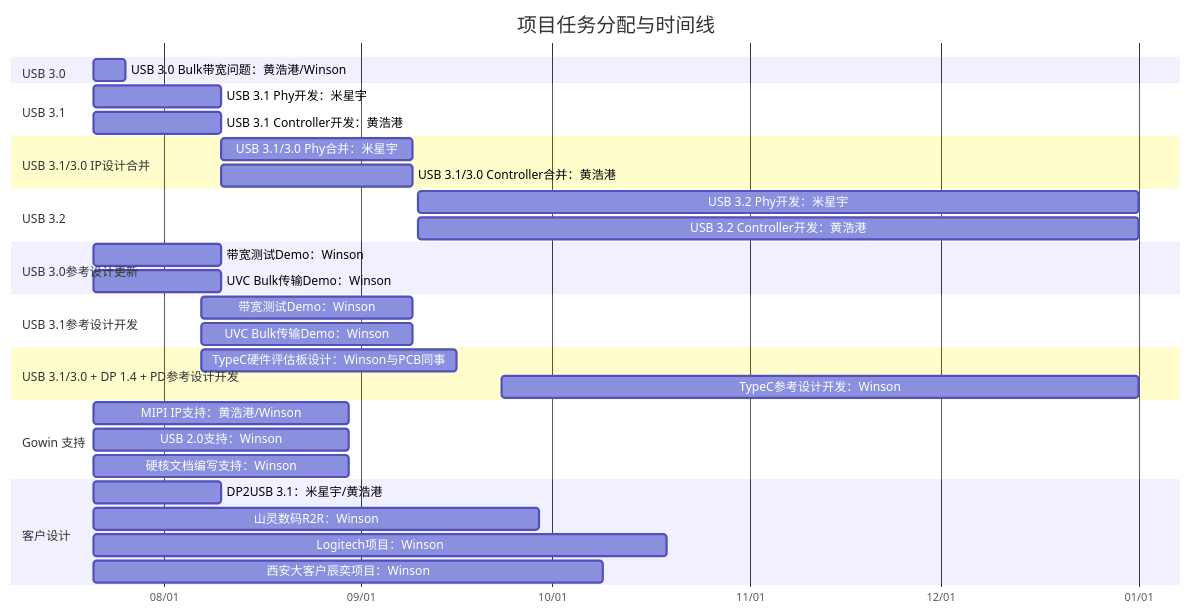
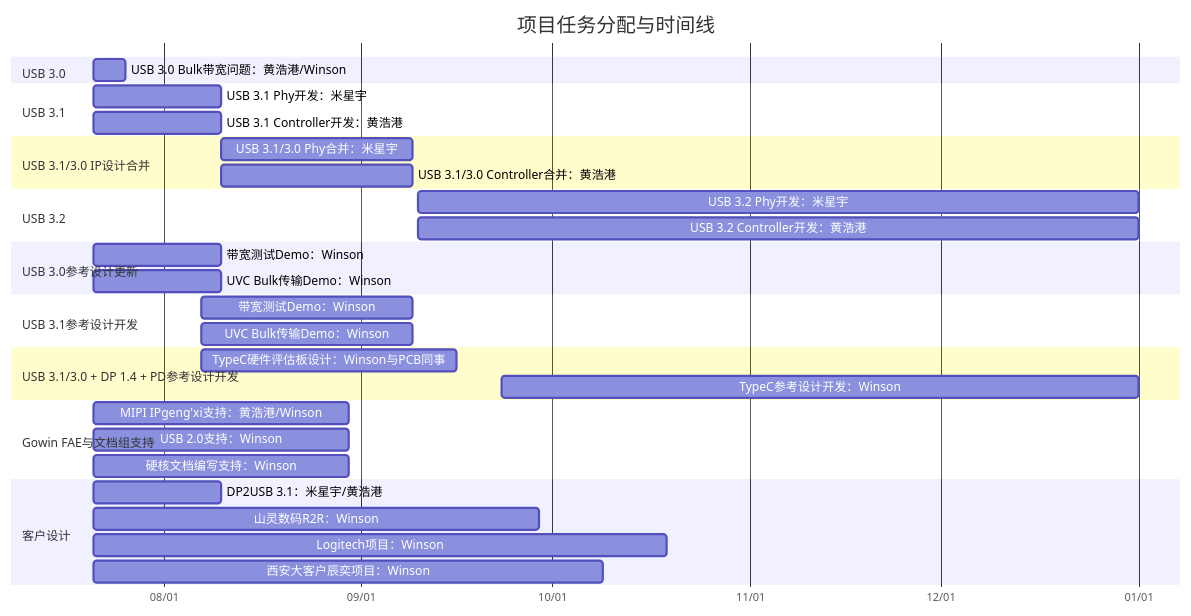
One commit to winsonbook/iodraw-files changed the diagram in all/未命名.md. Above: the diagram before and after it, drawn with Mermaid.

Commit message:
2025-07-21 10:36:55 update

````diff
--- a/all/未命名.md
+++ b/all/未命名.md
@@ -1,44 +1,44 @@
 ```mermaid
 gantt
     title 项目任务分配与时间线
     dateFormat  YYYY-MM-DD
     axisFormat  %m/%d
 
     section USB 3.0
     USB 3.0 Bulk带宽问题：黄浩港/Winson   :    task1, 2025-07-21, 5d
 
     section USB 3.1
     USB 3.1 Phy开发：米星宇      :         task2, 2025-07-21, 20d
     USB 3.1 Controller开发：黄浩港      :  task3, 2025-07-21, 20d
 
     section USB 3.1/3.0 IP设计合并
     USB 3.1/3.0 Phy合并：米星宇       :    task4, 2025-08-10, 30d
     USB 3.1/3.0 Controller合并：黄浩港:    task5, 2025-08-10, 30d
 
     section USB 3.2
     USB 3.2 Phy开发：米星宇      :         task2, 2025-09-10, 113d
     USB 3.2 Controller开发：黄浩港      :  task3, 2025-09-10, 113d
 
     section USB 3.0参考设计更新
     带宽测试Demo：Winson       :         task6, 2025-07-21, 20d
     UVC Bulk传输Demo：Winson   :        task7, 2025-07-21, 20d
 
     section USB 3.1参考设计开发
     带宽测试Demo：Winson       :         task8, 2025-08-07, 33d
     UVC Bulk传输Demo：Winson   :         task9, 2025-08-07, 33d
 
     section USB 3.1/3.0 + DP 1.4 + PD参考设计开发
     TypeC硬件评估板设计：Winson与PCB同事       :         task10, 2025-08-07, 40d
     TypeC参考设计开发：Winson   :         task11, 2025-09-23, 100d
 
-    section Gowin 支持
-    MIPI IP支持：黄浩港/Winson :       task16, 2025-07-21, 40d
+    section Gowin FAE与文档组支持
+    MIPI IPgeng'xi支持：黄浩港/Winson :       task16, 2025-07-21, 40d
     USB 2.0支持：Winson :             task17, 2025-07-21, 40d
     硬核文档编写支持：Winson :         task18, 2025-07-21, 40d
 
     section 客户设计
     DP2USB 3.1：米星宇/黄浩港      :task12, 2025-07-21, 20d
     山灵数码R2R：Winson :             task13, 2025-07-21, 70d
     Logitech项目：Winson :            task14, 2025-07-21, 90d
     西安大客户辰奕项目：Winson :       task15, 2025-07-21, 80d
 ```
````
